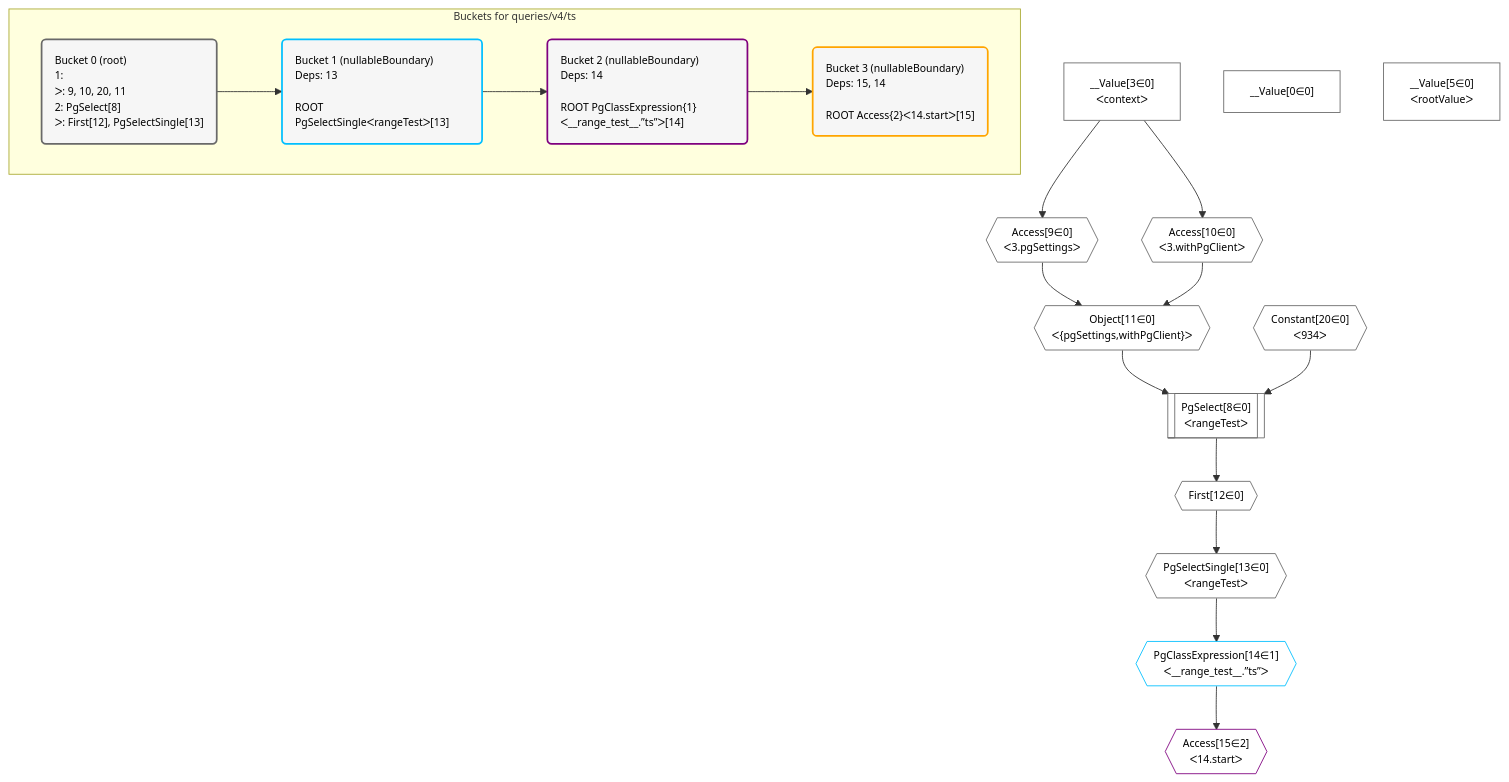
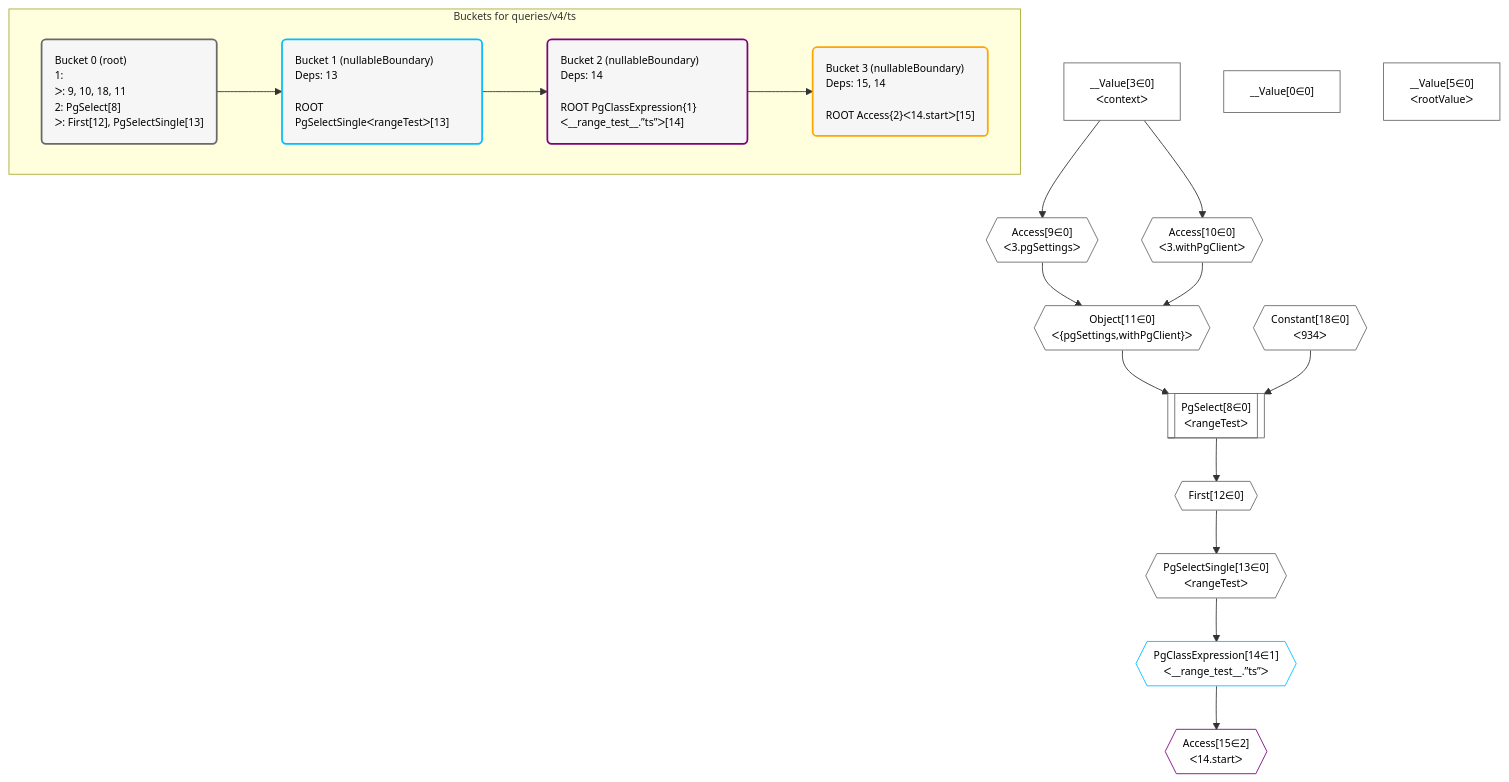
Before and after one commit to graphile/crystal: the diagram in postgraphile/postgraphile/__tests__/queries/v4/ts.mermaid, drawn with Mermaid. The commit also changed 11 other files, not shown here.

```diff
--- a/postgraphile/postgraphile/__tests__/queries/v4/ts.mermaid
+++ b/postgraphile/postgraphile/__tests__/queries/v4/ts.mermaid
@@ -1,51 +1,51 @@
 %%{init: {'themeVariables': { 'fontSize': '12px'}}}%%
 graph TD
     classDef path fill:#eee,stroke:#000,color:#000
     classDef plan fill:#fff,stroke-width:1px,color:#000
     classDef itemplan fill:#fff,stroke-width:2px,color:#000
     classDef unbatchedplan fill:#dff,stroke-width:1px,color:#000
     classDef sideeffectplan fill:#fcc,stroke-width:2px,color:#000
     classDef bucket fill:#f6f6f6,color:#000,stroke-width:2px,text-align:left
 
 
     %% plan dependencies
     Object11{{"Object[11∈0]<br />ᐸ{pgSettings,withPgClient}ᐳ"}}:::plan
     Access9{{"Access[9∈0]<br />ᐸ3.pgSettingsᐳ"}}:::plan
     Access10{{"Access[10∈0]<br />ᐸ3.withPgClientᐳ"}}:::plan
     Access9 & Access10 --> Object11
     PgSelect8[["PgSelect[8∈0]<br />ᐸrangeTestᐳ"]]:::plan
-    Constant20{{"Constant[20∈0]<br />ᐸ934ᐳ"}}:::plan
-    Object11 & Constant20 --> PgSelect8
+    Constant18{{"Constant[18∈0]<br />ᐸ934ᐳ"}}:::plan
+    Object11 & Constant18 --> PgSelect8
     __Value3["__Value[3∈0]<br />ᐸcontextᐳ"]:::plan
     __Value3 --> Access9
     __Value3 --> Access10
     First12{{"First[12∈0]"}}:::plan
     PgSelect8 --> First12
     PgSelectSingle13{{"PgSelectSingle[13∈0]<br />ᐸrangeTestᐳ"}}:::plan
     First12 --> PgSelectSingle13
     __Value0["__Value[0∈0]"]:::plan
     __Value5["__Value[5∈0]<br />ᐸrootValueᐳ"]:::plan
     PgClassExpression14{{"PgClassExpression[14∈1]<br />ᐸ__range_test__.”ts”ᐳ"}}:::plan
     PgSelectSingle13 --> PgClassExpression14
     Access15{{"Access[15∈2]<br />ᐸ14.startᐳ"}}:::plan
     PgClassExpression14 --> Access15
 
     %% define steps
 
     subgraph "Buckets for queries/v4/ts"
-    Bucket0("Bucket 0 (root)<br />1: <br />ᐳ: 9, 10, 20, 11<br />2: PgSelect[8]<br />ᐳ: First[12], PgSelectSingle[13]"):::bucket
+    Bucket0("Bucket 0 (root)<br />1: <br />ᐳ: 9, 10, 18, 11<br />2: PgSelect[8]<br />ᐳ: First[12], PgSelectSingle[13]"):::bucket
     classDef bucket0 stroke:#696969
-    class Bucket0,__Value0,__Value3,__Value5,PgSelect8,Access9,Access10,Object11,First12,PgSelectSingle13,Constant20 bucket0
+    class Bucket0,__Value0,__Value3,__Value5,PgSelect8,Access9,Access10,Object11,First12,PgSelectSingle13,Constant18 bucket0
     Bucket1("Bucket 1 (nullableBoundary)<br />Deps: 13<br /><br />ROOT PgSelectSingleᐸrangeTestᐳ[13]"):::bucket
     classDef bucket1 stroke:#00bfff
     class Bucket1,PgClassExpression14 bucket1
     Bucket2("Bucket 2 (nullableBoundary)<br />Deps: 14<br /><br />ROOT PgClassExpression{1}ᐸ__range_test__.”ts”ᐳ[14]"):::bucket
     classDef bucket2 stroke:#7f007f
     class Bucket2,Access15 bucket2
     Bucket3("Bucket 3 (nullableBoundary)<br />Deps: 15, 14<br /><br />ROOT Access{2}ᐸ14.startᐳ[15]"):::bucket
     classDef bucket3 stroke:#ffa500
     class Bucket3 bucket3
     Bucket0 --> Bucket1
     Bucket1 --> Bucket2
     Bucket2 --> Bucket3
     end
```
